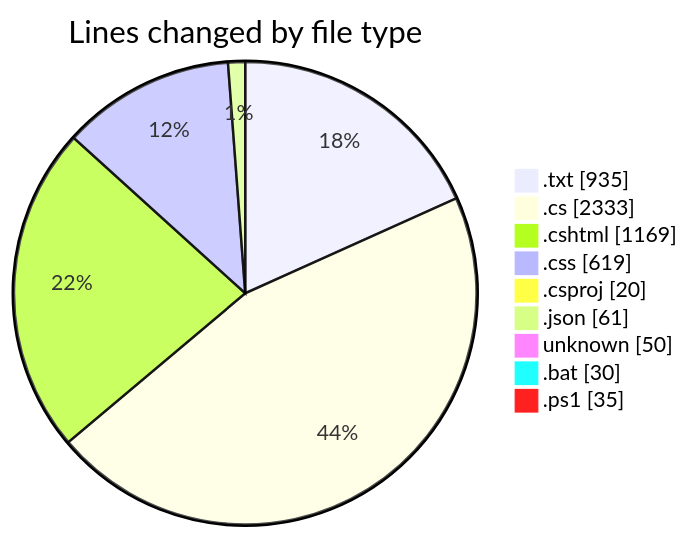
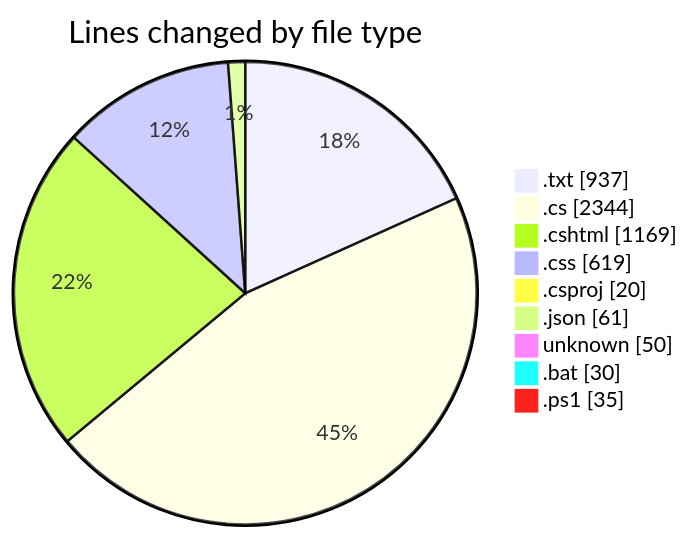
Before and after one commit to lephambinh05/code-tracking: the first of 2 diagrams in 2025-07-26/quanlyrapchieuphim-1/README.md, drawn with Mermaid. The commit also changed other lines of this file and 1 other file, not shown here.

````diff
--- a/2025-07-26/quanlyrapchieuphim-1/README.md
+++ b/2025-07-26/quanlyrapchieuphim-1/README.md
@@ -37,13 +37,13 @@
 ```mermaid
 pie showData
 title Lines changed by file type
-".txt" : 935
-".cs" : 2333
+".txt" : 937
+".cs" : 2344
 ".cshtml" : 1169
 ".css" : 619
 ".csproj" : 20
 ".json" : 61
 "unknown" : 50
 ".bat" : 30
 ".ps1" : 35
 ```
````
